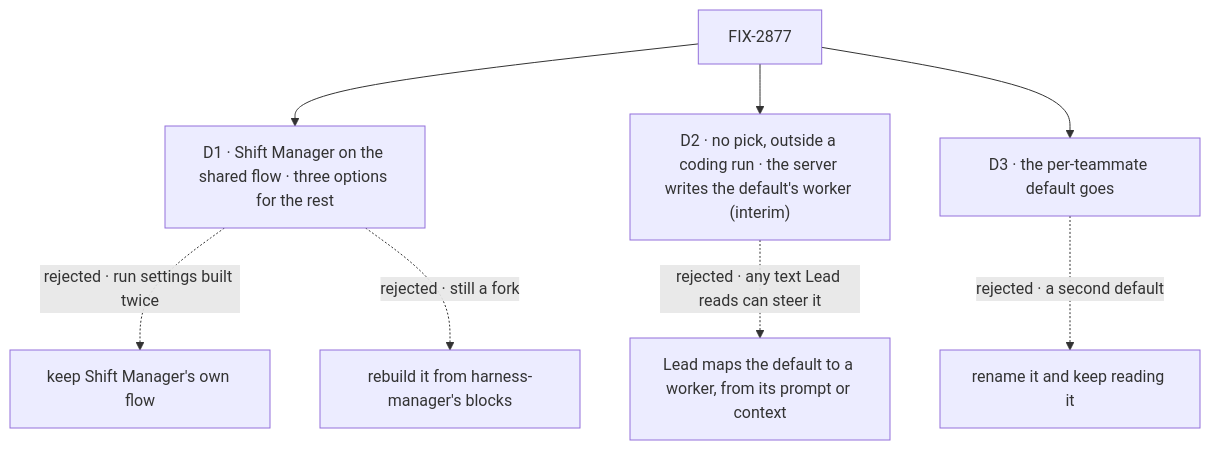
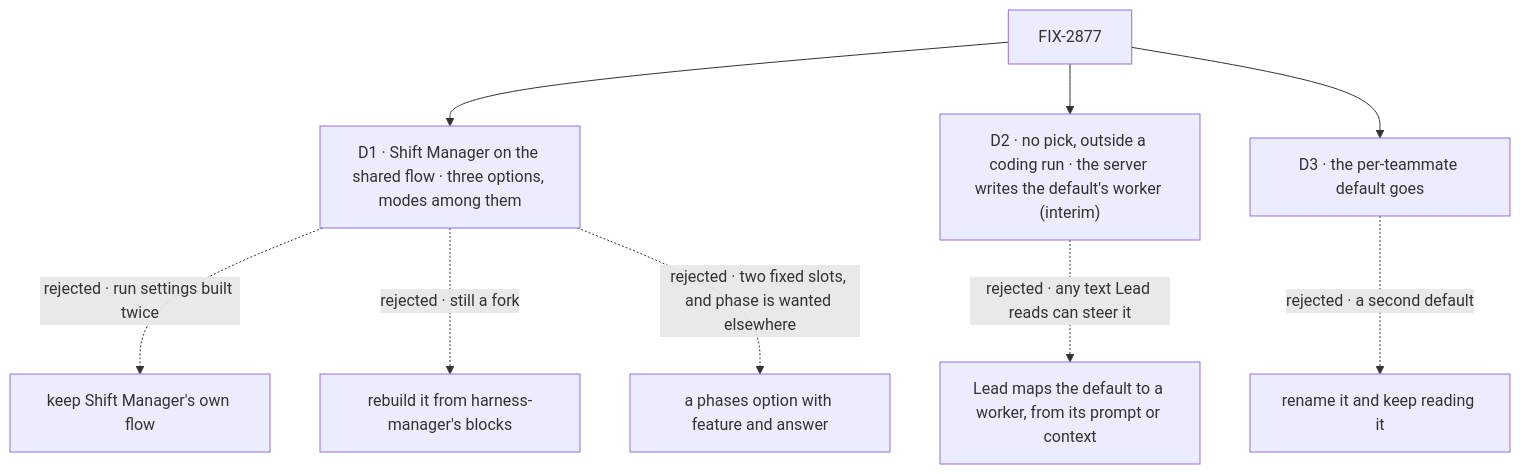
One commit to fixpoint-labs/flow-state-dev changed the diagram in specs/issues/FIX-2877/DECISIONS.md. Above: the diagram before and after it, drawn with Mermaid. The commit also changed other lines of this file and 5 other files, not shown here.

First line of the commit message:
spec(FIX-2877): D1's phases become the kit's modes registry, with a default mode

````diff
--- a/specs/issues/FIX-2877/DECISIONS.md
+++ b/specs/issues/FIX-2877/DECISIONS.md
@@ -11,10 +11,11 @@
 ```mermaid
 flowchart TD
-  I["FIX-2877"] --> D1["D1 · Shift Manager on the shared flow · three options for the rest"]
+  I["FIX-2877"] --> D1["D1 · Shift Manager on the shared flow · three options, modes among them"]
   D1 -.->|"rejected · run settings built twice"| X1["keep Shift Manager's own flow"]
   D1 -.->|"rejected · still a fork"| X1b["rebuild it from harness-manager's blocks"]
+  D1 -.->|"rejected · two fixed slots, and phase is wanted elsewhere"| X1c["a phases option with feature and answer"]
   I --> D2["D2 · no pick, outside a coding run · the server writes the default's worker (interim)"]
   D2 -.->|"rejected · any text Lead reads can steer it"| X2["Lead maps the default to a worker, from its prompt or context"]
   I --> D3["D3 · the per-teammate default goes"]
   D3 -.->|"rejected · a second default"| X3["rename it and keep reading it"]
 ```
````
